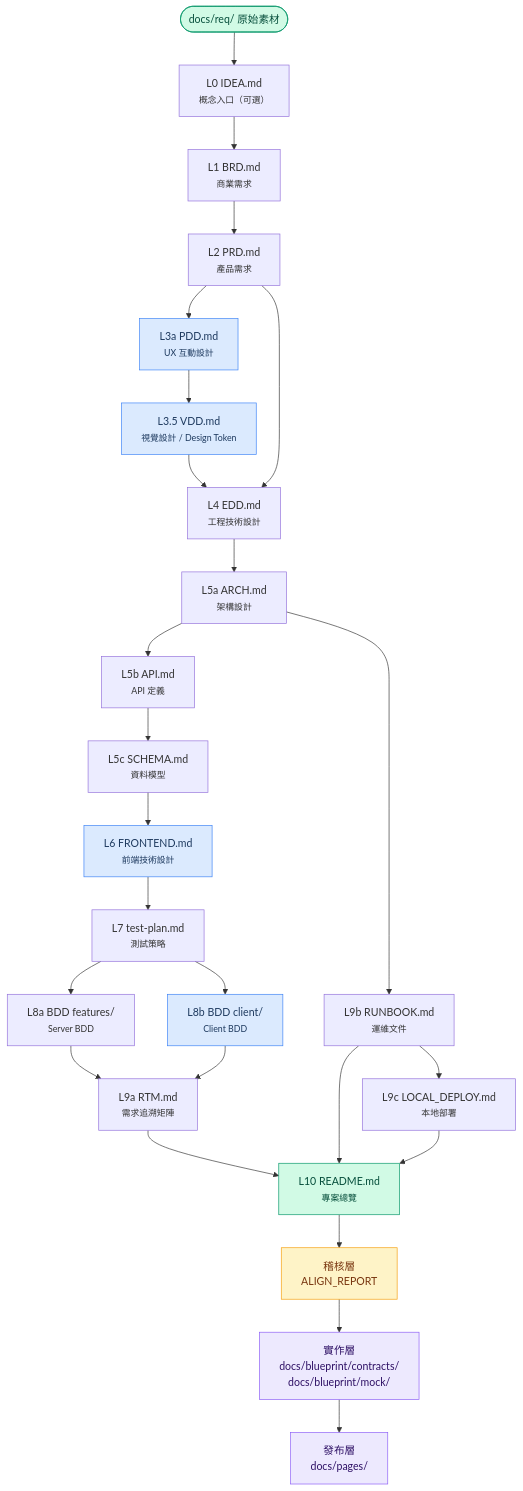
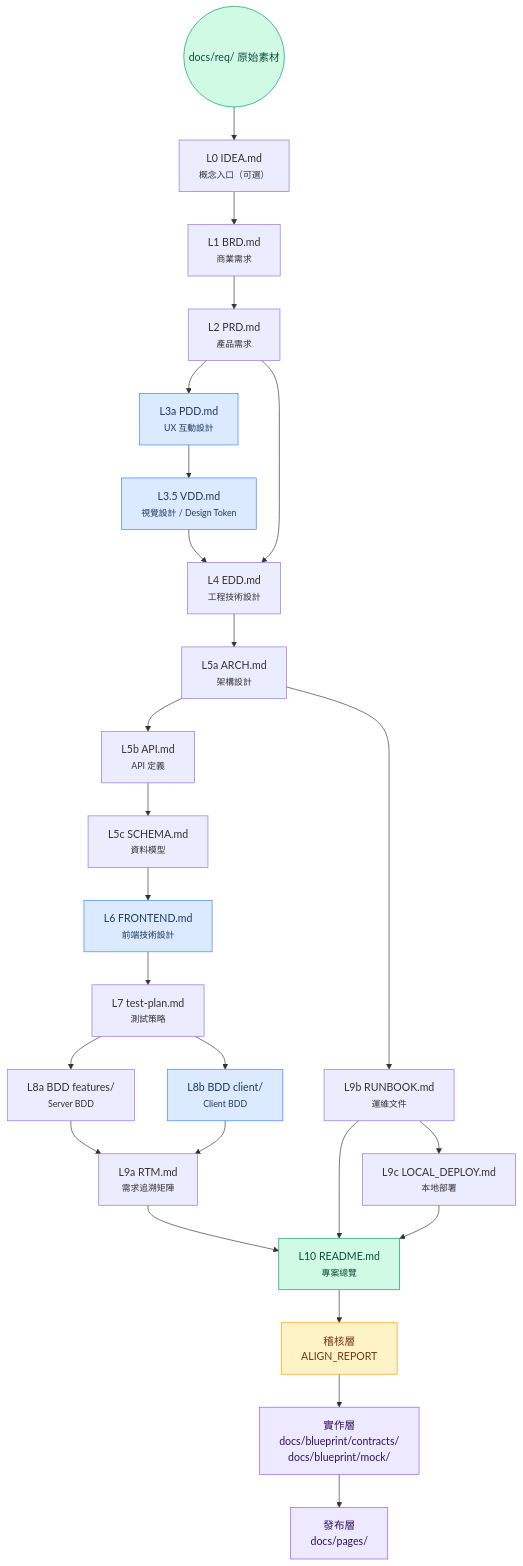
The third of 4 diagrams in docs/PRD.md (ibalasite/gendoc), drawn with Mermaid before and after one commit. The commit also changed other lines of this file and 1 other file, not shown here.

First line of the commit message:
docs(html): fix Mermaid STADIUM_SHAPE syntax + regenerate HTML

````diff
--- a/docs/PRD.md
+++ b/docs/PRD.md
@@ -625,44 +625,44 @@
 ```mermaid
 graph TD
-    REQ([docs/req/ 原始素材])
+    REQ((docs/req/ 原始素材))
     L0["L0 IDEA.md<br/><small>概念入口（可選）</small>"]
     L1["L1 BRD.md<br/><small>商業需求</small>"]
     L2["L2 PRD.md<br/><small>產品需求</small>"]
     L3a["L3a PDD.md<br/><small>UX 互動設計</small>"]
     L35["L3.5 VDD.md<br/><small>視覺設計 / Design Token</small>"]
     L4["L4 EDD.md<br/><small>工程技術設計</small>"]
     L5a["L5a ARCH.md<br/><small>架構設計</small>"]
     L5b["L5b API.md<br/><small>API 定義</small>"]
     L5c["L5c SCHEMA.md<br/><small>資料模型</small>"]
     L6["L6 FRONTEND.md<br/><small>前端技術設計</small>"]
     L7["L7 test-plan.md<br/><small>測試策略</small>"]
     L8a["L8a BDD features/<br/><small>Server BDD</small>"]
     L8b["L8b BDD client/<br/><small>Client BDD</small>"]
     L9a["L9a RTM.md<br/><small>需求追溯矩陣</small>"]
     L9b["L9b RUNBOOK.md<br/><small>運維文件</small>"]
     L9c["L9c LOCAL_DEPLOY.md<br/><small>本地部署</small>"]
     L10["L10 README.md<br/><small>專案總覽</small>"]
     AUDIT["稽核層<br/>ALIGN_REPORT"]
     IMPL["實作層<br/>docs/blueprint/contracts/<br/>docs/blueprint/mock/"]
     PUB["發布層<br/>docs/pages/"]
 
     REQ --> L0 --> L1 --> L2
     L2 --> L3a --> L35 --> L4
     L2 --> L4
     L4 --> L5a --> L5b --> L5c --> L6 --> L7
     L7 --> L8a --> L9a
     L7 --> L8b
     L8b --> L9a
     L5a --> L9b --> L9c
     L9a & L9b & L9c --> L10
     L10 --> AUDIT --> IMPL --> PUB
 
     classDef cond fill:#dbeafe,stroke:#3b82f6,color:#1e3a5f
     classDef audit fill:#fef3c7,stroke:#f59e0b,color:#78350f
     classDef impl fill:#ede9fe,stroke:#8b5cf6,color:#2e1065
     classDef io fill:#d1fae5,stroke:#059669,color:#064e3b
     class L3a,L35,L6,L8b cond
     class AUDIT audit
     class IMPL,PUB impl
     class REQ,L10 io
 ```
````
